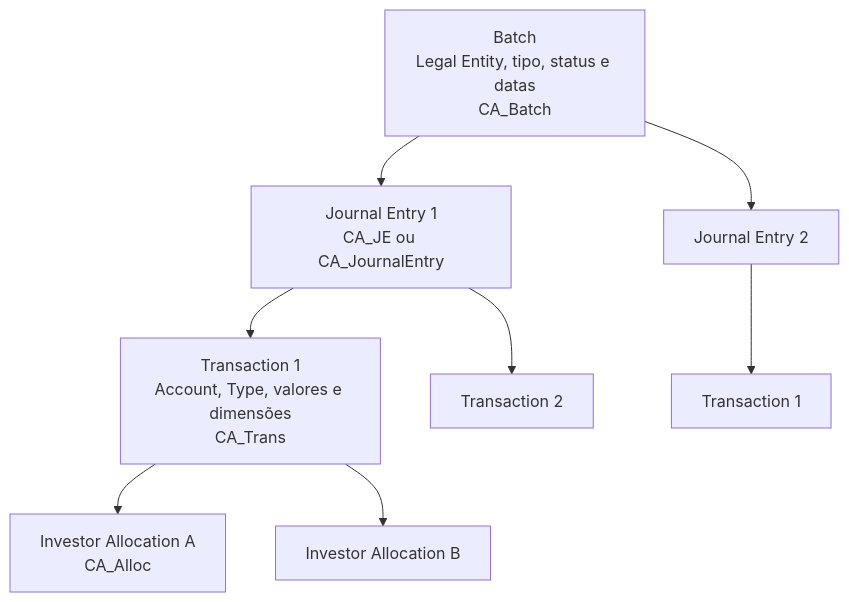
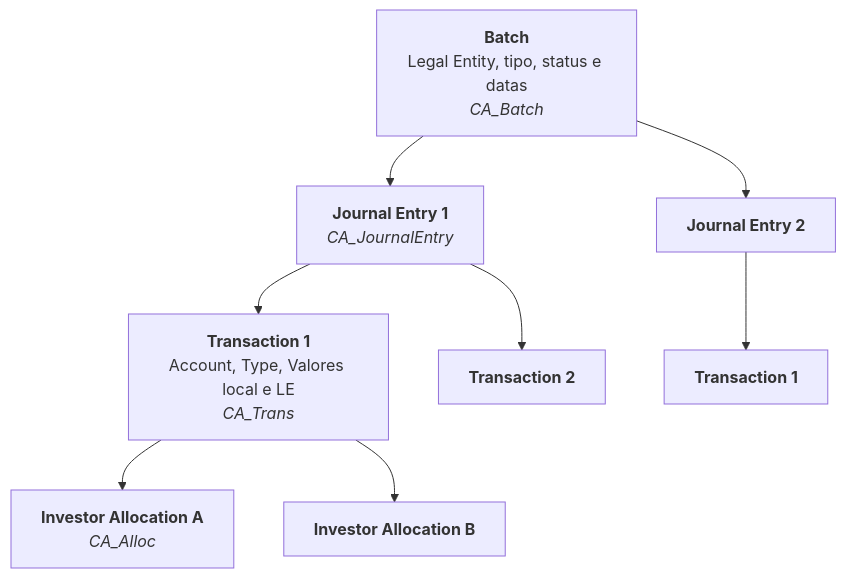
One commit to msekimoto/investran changed the first of 2 diagrams in docs/dominio/03-ciclo-contabil-e-batches.md. Above: the diagram before and after it, drawn with Mermaid. The commit also changed other lines of this file, not shown here.

First line of the commit message:
Enhance documentation with flowchart and new sections

````diff
--- a/docs/dominio/03-ciclo-contabil-e-batches.md
+++ b/docs/dominio/03-ciclo-contabil-e-batches.md
@@ -7,16 +7,23 @@
 ```mermaid
 flowchart TB
-    B[Batch<br/>Legal Entity, tipo, status e datas<br/>CA_Batch]
-    JE1[Journal Entry 1<br/>CA_JE ou CA_JournalEntry]
-    JE2[Journal Entry 2]
-    T11[Transaction 1<br/>Account, Type, valores e dimensões<br/>CA_Trans]
-    T12[Transaction 2]
-    T21[Transaction 1]
-    IA1[Investor Allocation A<br/>CA_Alloc]
-    IA2[Investor Allocation B]
+    B["`**Batch**
+Legal Entity, tipo, status e datas
+*CA_Batch*`"]
+    JE1["`**Journal Entry 1**
+*CA_JournalEntry*`"]
+    JE2["`**Journal Entry 2**`"]
+    T11["`**Transaction 1**
+Account, Type, Valores local e LE
+*CA_Trans*`"]
+    T12["`**Transaction 2**`"]
+    T12["`**Transaction 2**`"]
+    T21["`**Transaction 1**`"]
+    IA1["`**Investor Allocation A**
+*CA_Alloc*`"]
+    IA2["`**Investor Allocation B**`"]
 
     B --> JE1 & JE2
     JE1 --> T11 & T12
     JE2 --> T21
     T11 --> IA1 & IA2
 ```
````
